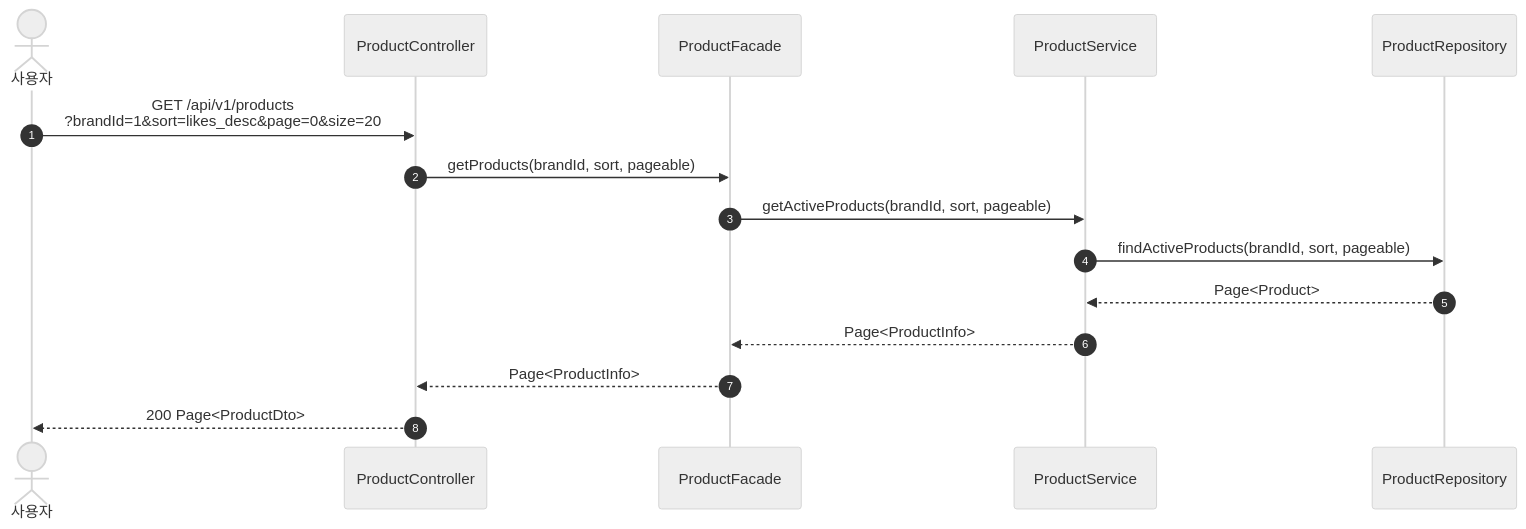
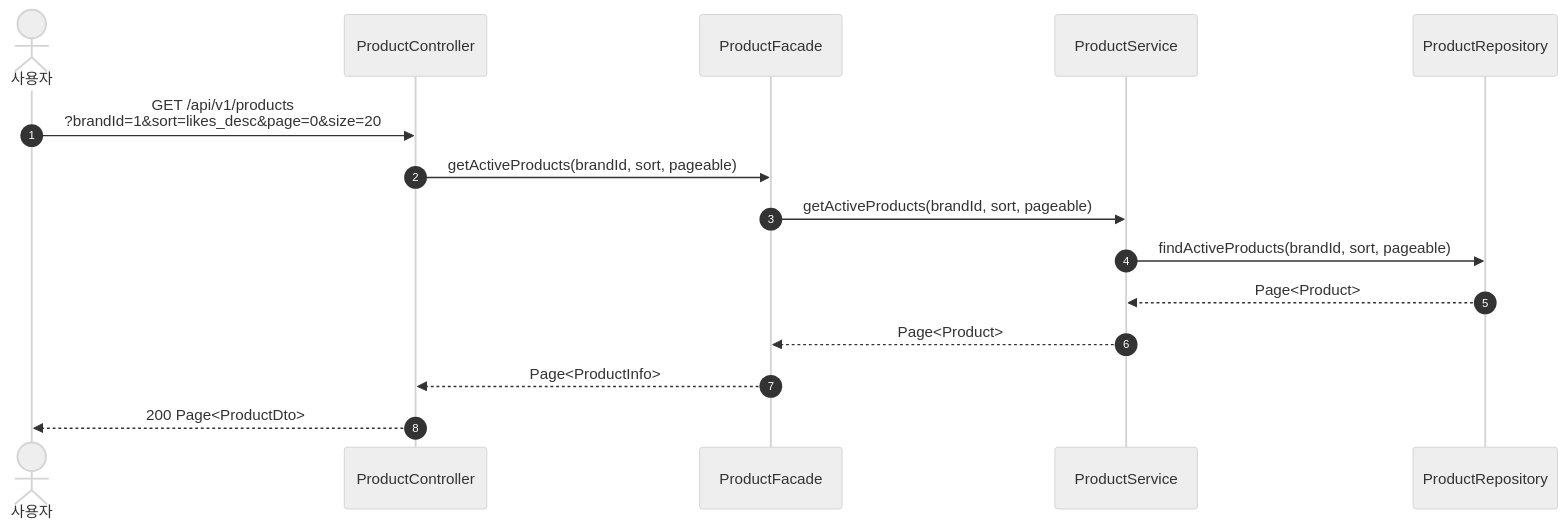
The second of 21 diagrams in docs/design/02-sequence-diagrams.md (Loopers-dev-lab/loop-pack-be-l2-vol3-kotlin), drawn with Mermaid (neutral theme) before and after one commit. The commit also changed other lines of this file and 4 other files, not shown here.

````diff
--- a/docs/design/02-sequence-diagrams.md
+++ b/docs/design/02-sequence-diagrams.md
@@ -59,17 +57,17 @@
 ```mermaid
 sequenceDiagram
     autonumber
     actor User as 사용자
     participant C as ProductController
     participant F as ProductFacade
     participant PS as ProductService
     participant PR as ProductRepository
     User ->> C: GET /api/v1/products<br/>?brandId=1&sort=likes_desc&page=0&size=20
-    C ->> F: getProducts(brandId, sort, pageable)
+    C ->> F: getActiveProducts(brandId, sort, pageable)
     F ->> PS: getActiveProducts(brandId, sort, pageable)
     PS ->> PR: findActiveProducts(brandId, sort, pageable)
     PR -->> PS: Page<Product>
-    PS -->> F: Page<ProductInfo>
+    PS -->> F: Page<Product>
     F -->> C: Page<ProductInfo>
     C -->> User: 200 Page<ProductDto>
 ```
````
